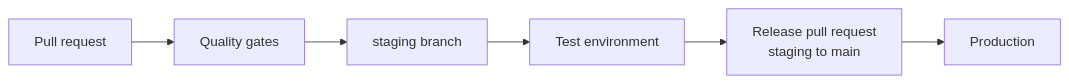
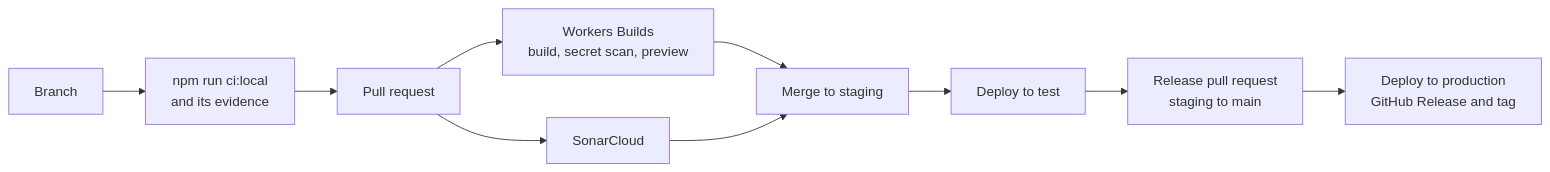
The third of 3 diagrams in docs/architecture/overview.md (Gelpy/gelpy), drawn with Mermaid before and after one commit. The commit also changed other lines of this file and 37 other files, not shown here.

First line of the commit message:
docs: add Product and Quality, and bring the live pages up to date with production (001-059, 001-071) (#39)

````diff
--- a/docs/architecture/overview.md
+++ b/docs/architecture/overview.md
@@ -81,8 +119,12 @@
 ```mermaid
 flowchart LR
-  pr[Pull request] --> checks[Quality gates]
-  checks --> staging[staging branch]
-  staging --> test[Test environment]
-  test --> promote[Release pull request<br/>staging to main]
-  promote --> prod[Production]
+  branch[Branch] --> gate[npm run ci:local<br/>and its evidence]
+  gate --> pr[Pull request]
+  pr --> build[Workers Builds<br/>build, secret scan, preview]
+  pr --> sonar[SonarCloud]
+  build --> staging[Merge to staging]
+  sonar --> staging
+  staging --> test[Deploy to test]
+  test --> release[Release pull request<br/>staging to main]
+  release --> prod[Deploy to production<br/>GitHub Release and tag]
 ```
````
